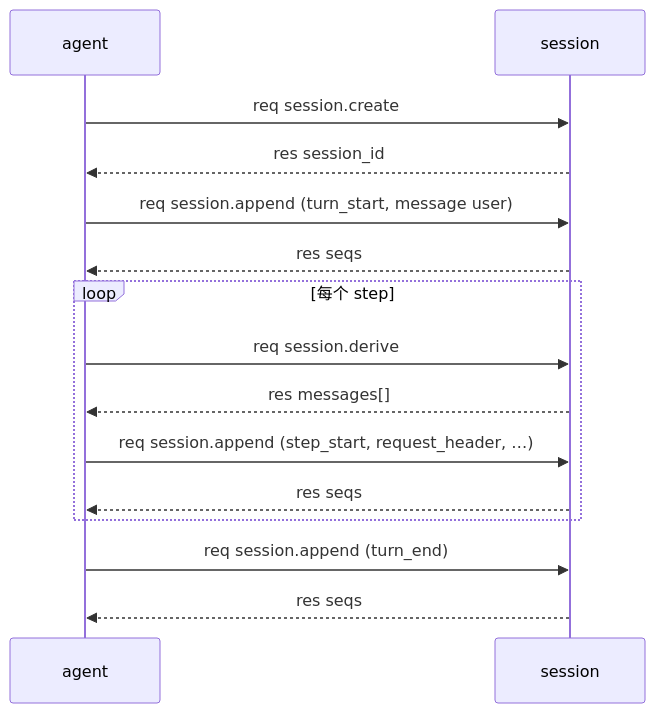
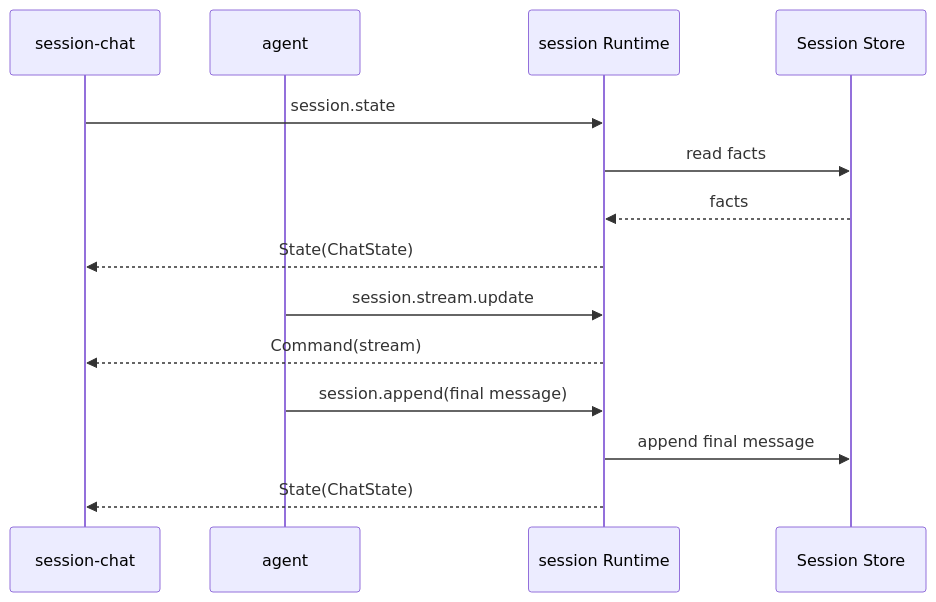
The diagram in plugins/session/communication.md (Alphazer01214/my-go-lite-agent), drawn with Mermaid before and after one commit. The commit also changed other lines of this file and 118 other files, not shown here.

````diff
--- a/plugins/session/communication.md
+++ b/plugins/session/communication.md
@@ -108,17 +403,16 @@
 ```mermaid
 sequenceDiagram
+    participant UI as session-chat
     participant A as agent
-    participant S as session
-    A->>S: req session.create
-    S-->>A: res session_id
-    A->>S: req session.append (turn_start, message user)
-    S-->>A: res seqs
-    loop 每个 step
-        A->>S: req session.derive
-        S-->>A: res messages[]
-        A->>S: req session.append (step_start, request_header, …)
-        S-->>A: res seqs
-    end
-    A->>S: req session.append (turn_end)
-    S-->>A: res seqs
+    participant R as session Runtime
+    participant S as Session Store
+    UI->>R: session.state
+    R->>S: read facts
+    S-->>R: facts
+    R-->>UI: State(ChatState)
+    A->>R: session.stream.update
+    R-->>UI: Command(stream)
+    A->>R: session.append(final message)
+    R->>S: append final message
+    R-->>UI: State(ChatState)
 ```
````
